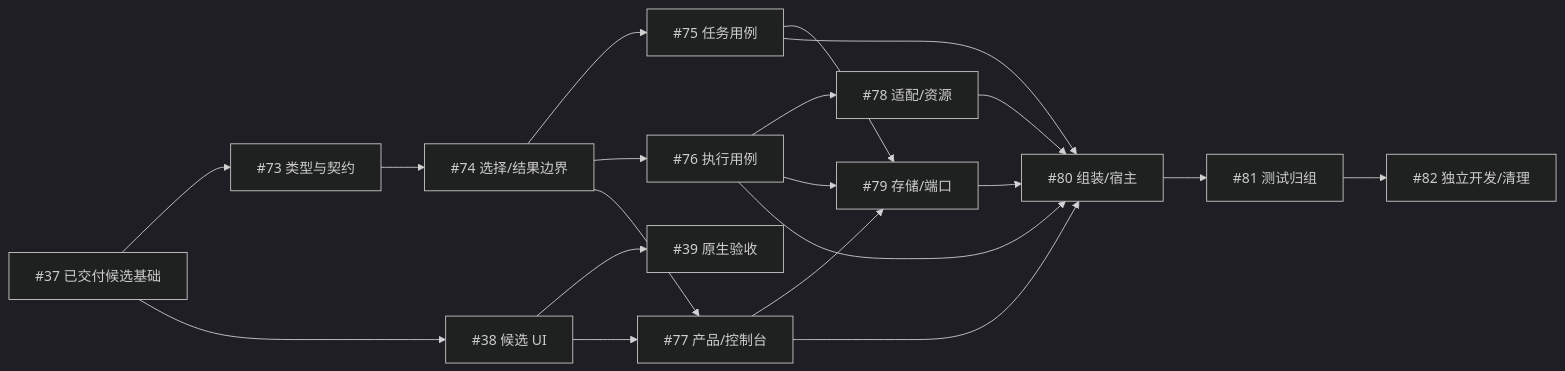
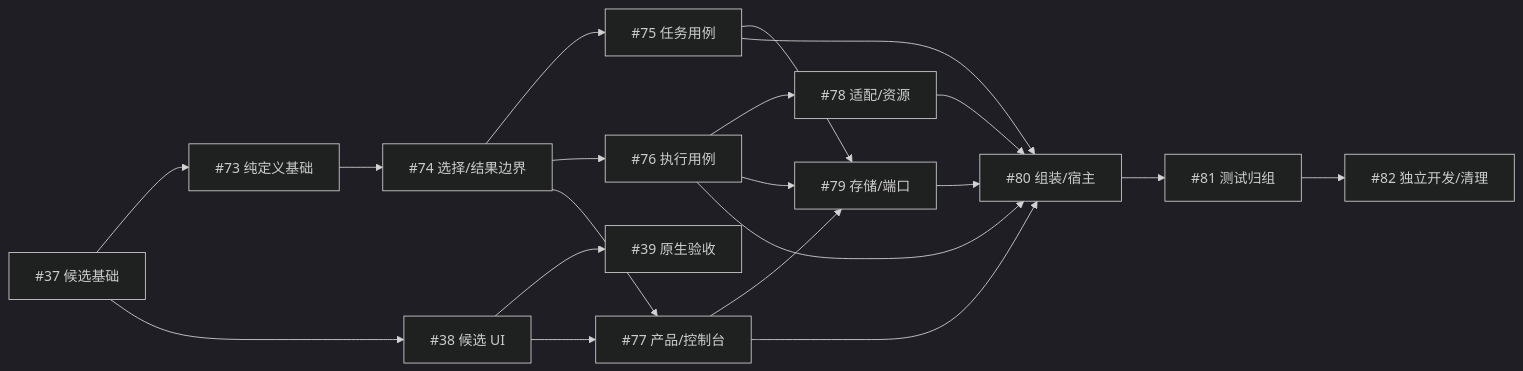
Before and after one commit to erranliu/SteerLine: the second of 2 diagrams in docs/roadmap/execution-map.md, drawn with Mermaid (dark theme). The commit also changed other lines of this file and 553 other files, not shown here.

````diff
--- a/docs/roadmap/execution-map.md
+++ b/docs/roadmap/execution-map.md
@@ -76,22 +75,22 @@
 ```mermaid
 flowchart LR
-    C37["#37 已交付候选基础"] --> M01["#73 类型与契约"]
+    C37["#37 候选基础"] --> M01["#73 纯定义基础"]
     C37 --> U38["#38 候选 UI"]
     U38 --> A39["#39 原生验收"]
     M01 --> M02["#74 选择/结果边界"]
     M02 --> M03["#75 任务用例"]
     M02 --> M04["#76 执行用例"]
     M02 --> M05["#77 产品/控制台"]
     U38 --> M05
     M04 --> M06["#78 适配/资源"]
     M03 --> M07["#79 存储/端口"]
     M04 --> M07
     M05 --> M07
     M03 --> M08["#80 组装/宿主"]
     M04 --> M08
     M05 --> M08
     M06 --> M08
     M07 --> M08
     M08 --> M09["#81 测试归组"]
     M09 --> M10["#82 独立开发/清理"]
 ```
````
